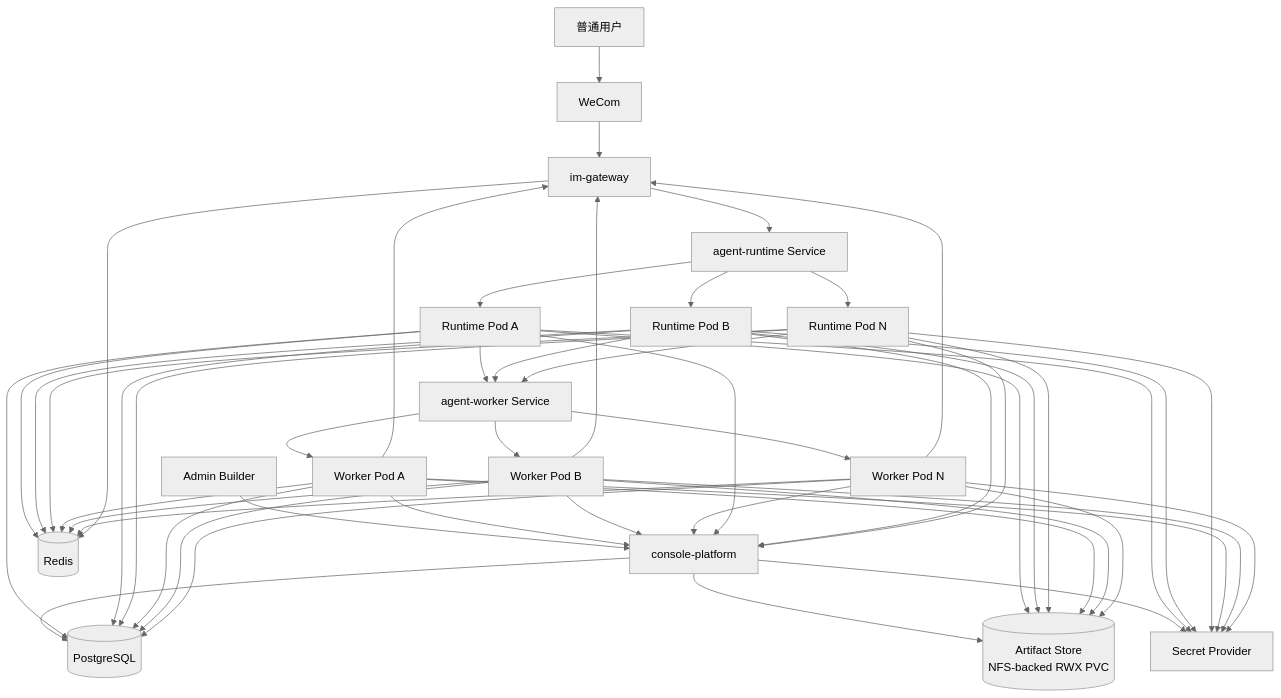
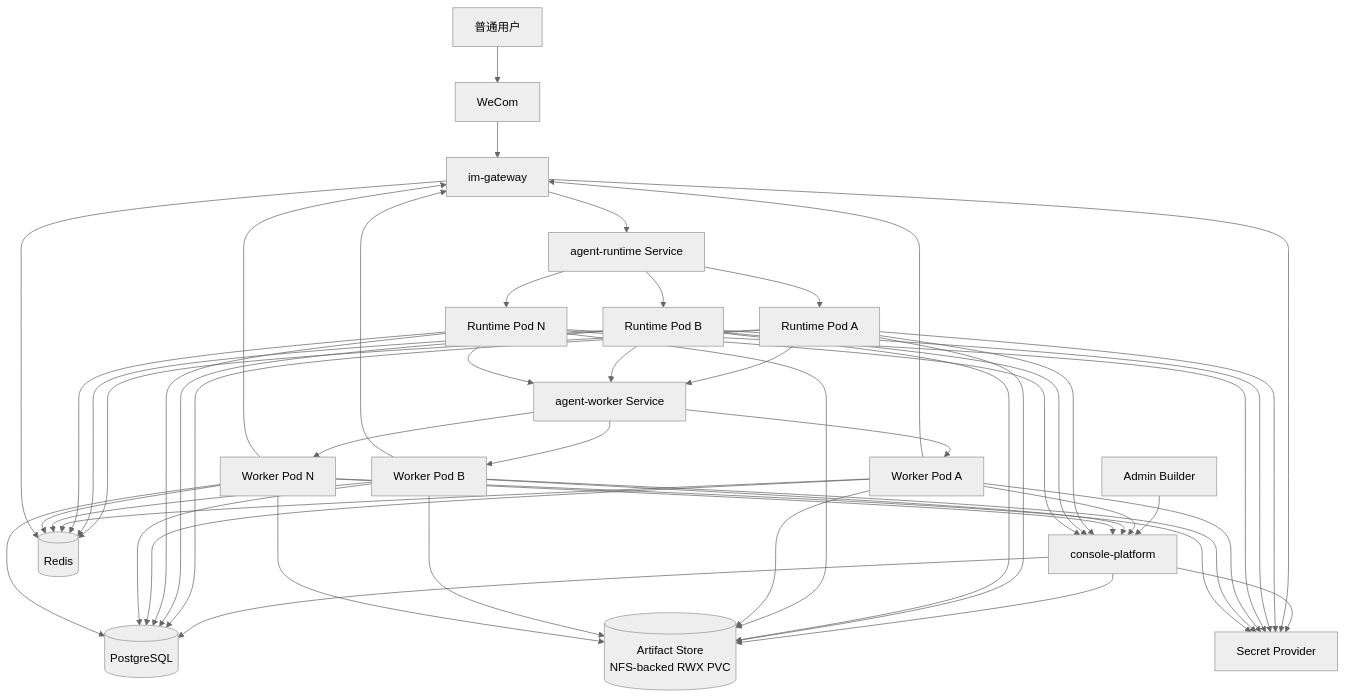
Before and after one commit to Michaelxwb/fluxion-harness: the fourth of 7 diagrams in docs/01-总体架构与部署详细设计.md, drawn with Mermaid (neutral theme). The commit also changed other lines of this file and 55 other files, not shown here.

````diff
--- a/docs/01-总体架构与部署详细设计.md
+++ b/docs/01-总体架构与部署详细设计.md
@@ -258,60 +270,61 @@
 ```mermaid
 flowchart TB
     ADMIN[Admin Builder] --> CP[console-platform]
     USER[普通用户] --> WC[WeCom]
     WC --> IG[im-gateway]
 
     IG --> RSVC[agent-runtime Service]
     RSVC --> AR1[Runtime Pod A]
     RSVC --> AR2[Runtime Pod B]
     RSVC --> ARN[Runtime Pod N]
 
     AR1 --> WSVC[agent-worker Service]
     AR2 --> WSVC
     ARN --> WSVC
     WSVC --> W1[Worker Pod A]
     WSVC --> W2[Worker Pod B]
     WSVC --> WN[Worker Pod N]
     W1 --> IG
     W2 --> IG
     WN --> IG
     W1 --> CP
     W2 --> CP
     WN --> CP
 
     AR1 --> CP
     AR2 --> CP
     ARN --> CP
 
     CP --> PG[(PostgreSQL)]
     AR1 --> PG
     AR2 --> PG
     ARN --> PG
     W1 --> PG
     W2 --> PG
     WN --> PG
 
     AR1 --> RD[(Redis)]
     AR2 --> RD
     ARN --> RD
     W1 --> RD
     W2 --> RD
     WN --> RD
     IG --> RD
 
     CP --> OS[(Artifact Store\nNFS-backed RWX PVC)]
     AR1 --> OS
     AR2 --> OS
     ARN --> OS
     W1 --> OS
     W2 --> OS
     WN --> OS
 
     CP --> SP[Secret Provider]
+    IG --> SP
     AR1 --> SP
     AR2 --> SP
     ARN --> SP
     W1 --> SP
     W2 --> SP
     WN --> SP
 ```
````
